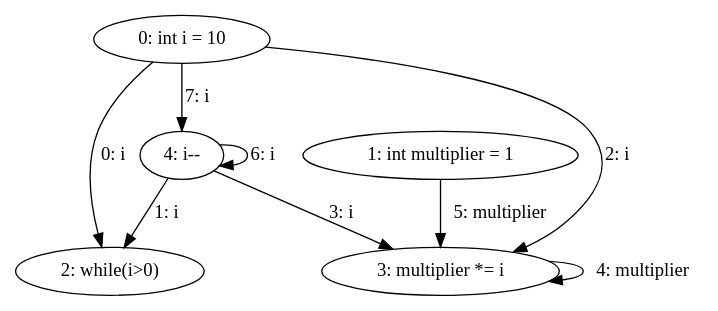
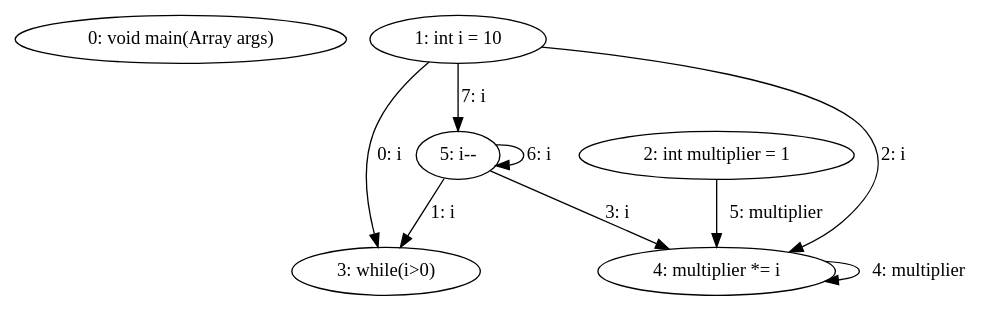
One commit to DominguesGM/comp_astanalyze changed the diagram in export/while_example_dfg.dot. Above: the diagram before and after it, drawn with Graphviz. The commit also changed 25 other files, not shown here.

```diff
--- a/export/while_example_dfg.dot
+++ b/export/while_example_dfg.dot
@@ -1,15 +1,16 @@
 digraph G {
-  1 [ label="0: int i = 10" ];
-  2 [ label="1: int multiplier = 1" ];
-  3 [ label="2: while(i>0)" ];
-  4 [ label="3: multiplier *= i" ];
-  5 [ label="4: i--" ];
-  1 -> 3 [ label="0: i" ];
-  5 -> 3 [ label="1: i" ];
-  1 -> 4 [ label="2: i" ];
-  5 -> 4 [ label="3: i" ];
-  4 -> 4 [ label="4: multiplier" ];
-  2 -> 4 [ label="5: multiplier" ];
-  5 -> 5 [ label="6: i" ];
-  1 -> 5 [ label="7: i" ];
+  1 [ label="0: void main(Array args)" ];
+  2 [ label="1: int i = 10" ];
+  3 [ label="2: int multiplier = 1" ];
+  4 [ label="3: while(i>0)" ];
+  5 [ label="4: multiplier *= i" ];
+  6 [ label="5: i--" ];
+  2 -> 4 [ label="0: i" ];
+  6 -> 4 [ label="1: i" ];
+  2 -> 5 [ label="2: i" ];
+  6 -> 5 [ label="3: i" ];
+  5 -> 5 [ label="4: multiplier" ];
+  3 -> 5 [ label="5: multiplier" ];
+  6 -> 6 [ label="6: i" ];
+  2 -> 6 [ label="7: i" ];
 }
```
